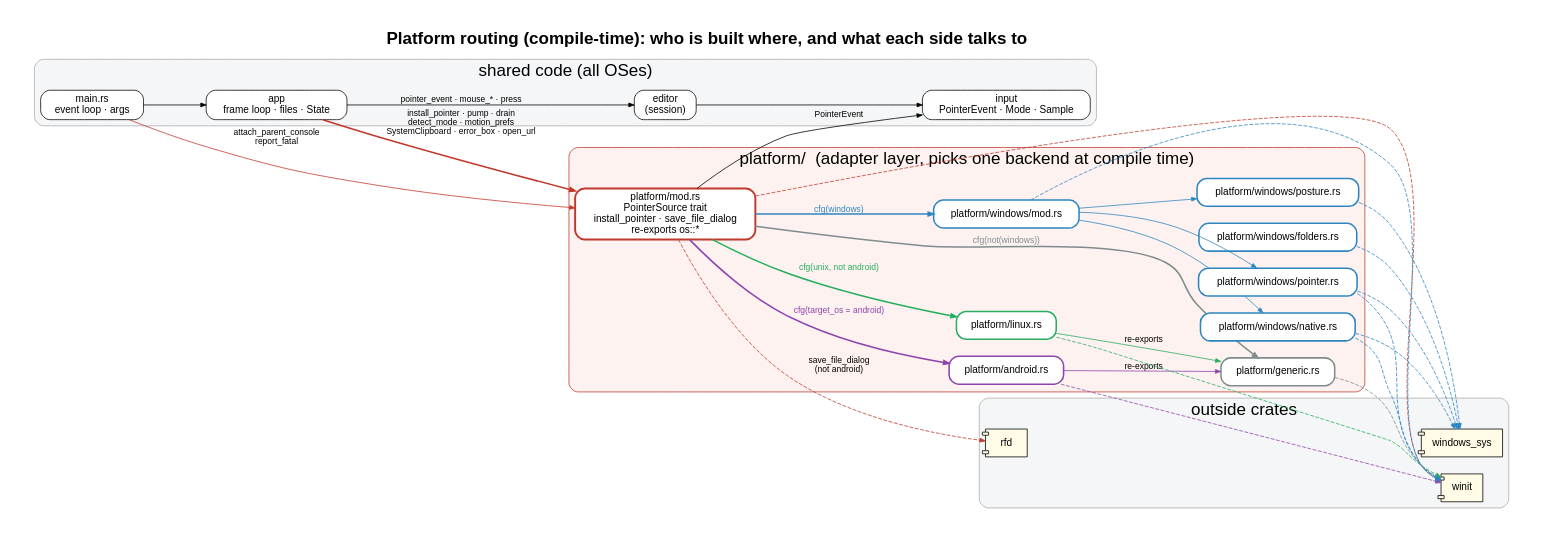
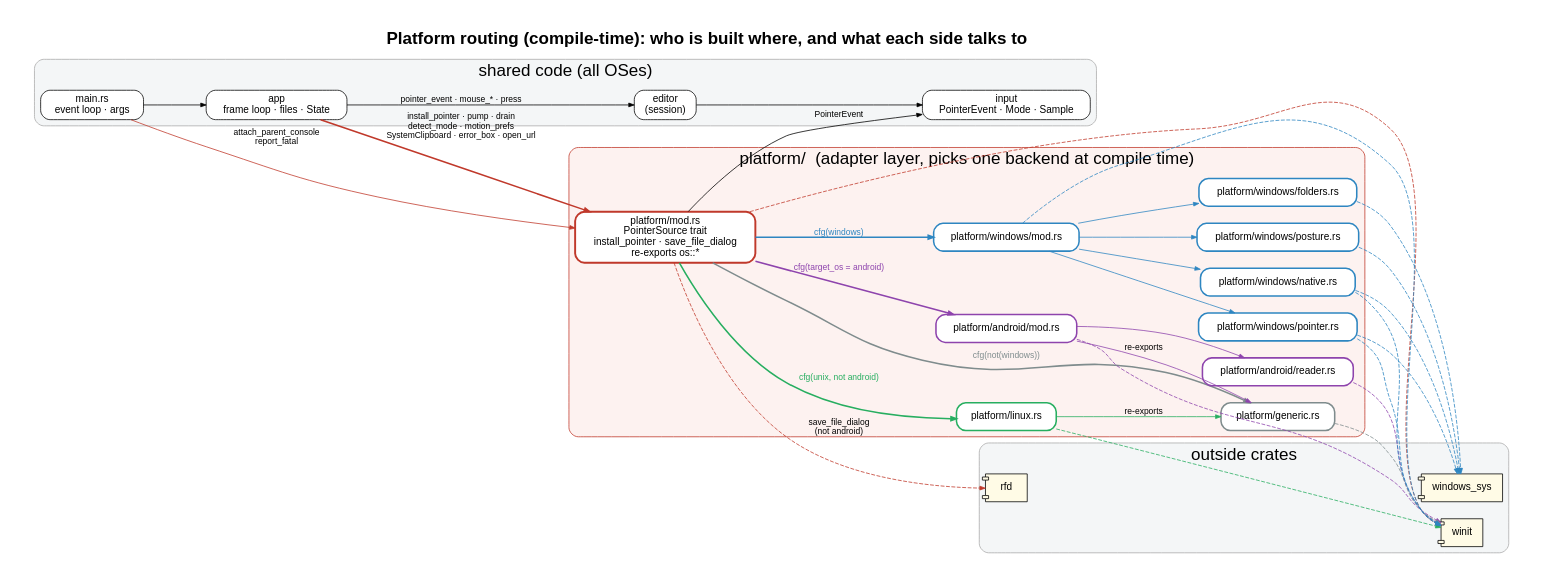
The diagram in docs/deps/platform.dot (rajatmo/inkpdf), drawn with Graphviz before and after one commit. The commit also changed 24 other files, not shown here.

First line of the commit message:
Android: a stylus reader, and touch that presses buttons

```diff
--- a/docs/deps/platform.dot
+++ b/docs/deps/platform.dot
@@ -1,56 +1,60 @@
 digraph P {
 rankdir=LR; newrank=true; splines=true; nodesep=0.3; ranksep=1.1; pad=0.4;
 label=<<b>Platform routing (compile-time): who is built where, and what each side talks to</b>>; labelloc=t; fontsize=22; fontname="Helvetica";
 node [shape=box, style="rounded,filled", fillcolor=white, fontname="Helvetica", fontsize=13, margin="0.14,0.07"];
 edge [arrowsize=0.7, fontname="Helvetica", fontsize=11];
 subgraph cluster_shared { label="shared code (all OSes)"; style="rounded,filled"; fillcolor="#f4f6f7"; color="#aaaaaa"; fontname="Helvetica";
   "app" [label="app\nframe loop · files · State"];
   "main" [label="main.rs\nevent loop · args"];
   "editor" [label="editor\n(session)"];
   "input" [label="input\nPointerEvent · Mode · Sample"];
 }
 subgraph cluster_plat { label="platform/  (adapter layer, picks one backend at compile time)"; style="rounded,filled"; fillcolor="#fdf2f0"; color="#c0392b"; fontname="Helvetica";
   "platform_mod" [label="platform/mod.rs\nPointerSource trait\ninstall_pointer · save_file_dialog\nre-exports os::*", penwidth=2.5, color="#c0392b"];
-  "p_android" [label="platform/android.rs", color="#8e44ad", penwidth=2];
+  "p_android_mod" [label="platform/android/mod.rs", color="#8e44ad", penwidth=2];
+  "p_android_reader" [label="platform/android/reader.rs", color="#8e44ad", penwidth=2];
   "p_generic" [label="platform/generic.rs", color="#7f8c8d", penwidth=2];
   "p_linux" [label="platform/linux.rs", color="#27ae60", penwidth=2];
   "p_windows_folders" [label="platform/windows/folders.rs", color="#2e86c1", penwidth=2];
   "p_windows_mod" [label="platform/windows/mod.rs", color="#2e86c1", penwidth=2];
   "p_windows_native" [label="platform/windows/native.rs", color="#2e86c1", penwidth=2];
   "p_windows_pointer" [label="platform/windows/pointer.rs", color="#2e86c1", penwidth=2];
   "p_windows_posture" [label="platform/windows/posture.rs", color="#2e86c1", penwidth=2];
 }
 subgraph cluster_ext { label="outside crates"; style="rounded,filled"; fillcolor="#f4f6f7"; color="#aaaaaa"; fontname="Helvetica";
   "x_winit" [label="winit", shape=component, fillcolor="#fffbe6"];
   "x_windows_sys" [label="windows_sys", shape=component, fillcolor="#fffbe6"];
   "x_rfd" [label="rfd", shape=component, fillcolor="#fffbe6"];
 }
 "main" -> "app"
 "app" -> "platform_mod" [label="install_pointer · pump · drain\ndetect_mode · motion_prefs\nSystemClipboard · error_box · open_url", penwidth=2, color="#c0392b"]
 "app" -> "editor" [label="pointer_event · mouse_* · press"]
 "main" -> "platform_mod" [label="attach_parent_console\nreport_fatal", color="#c0392b"]
 "platform_mod" -> "input" [label="PointerEvent"]
 "editor" -> "input"
-"platform_mod" -> "p_android" [label="cfg(target_os = android)", color="#8e44ad", penwidth=2, fontcolor="#8e44ad"]
-"p_android" -> "x_winit" [color="#8e44ad", style=dashed]
+"platform_mod" -> "p_android_mod" [label="cfg(target_os = android)", color="#8e44ad", penwidth=2, fontcolor="#8e44ad"]
+"p_android_mod" -> "x_winit" [color="#8e44ad", style=dashed]
+"p_android_reader" -> "x_winit" [color="#8e44ad", style=dashed]
 "platform_mod" -> "p_generic" [label="cfg(not(windows))", color="#7f8c8d", penwidth=2, fontcolor="#7f8c8d"]
 "p_generic" -> "x_winit" [color="#7f8c8d", style=dashed]
 "platform_mod" -> "p_linux" [label="cfg(unix, not android)", color="#27ae60", penwidth=2, fontcolor="#27ae60"]
 "p_linux" -> "x_winit" [color="#27ae60", style=dashed]
 "p_windows_folders" -> "x_windows_sys" [color="#2e86c1", style=dashed]
 "platform_mod" -> "p_windows_mod" [label="cfg(windows)", color="#2e86c1", penwidth=2, fontcolor="#2e86c1"]
 "p_windows_mod" -> "x_winit" [color="#2e86c1", style=dashed]
 "p_windows_native" -> "x_windows_sys" [color="#2e86c1", style=dashed]
 "p_windows_native" -> "x_winit" [color="#2e86c1", style=dashed]
 "p_windows_pointer" -> "x_windows_sys" [color="#2e86c1", style=dashed]
 "p_windows_pointer" -> "x_winit" [color="#2e86c1", style=dashed]
 "p_windows_posture" -> "x_windows_sys" [color="#2e86c1", style=dashed]
 "platform_mod" -> "x_rfd" [label="save_file_dialog\n(not android)", style=dashed, color="#c0392b"]
 "platform_mod" -> "x_winit" [style=dashed, color="#c0392b"]
 "p_windows_mod" -> "p_windows_pointer" [color="#2e86c1"]
 "p_windows_mod" -> "p_windows_native" [color="#2e86c1"]
 "p_windows_mod" -> "p_windows_posture" [color="#2e86c1"]
+"p_windows_mod" -> "p_windows_folders" [color="#2e86c1"]
+"p_android_mod" -> "p_android_reader" [color="#8e44ad"]
 "p_linux" -> "p_generic" [label="re-exports", color="#27ae60"]
-"p_android" -> "p_generic" [label="re-exports", color="#8e44ad"]
-{rank=same; "p_windows_mod"; "p_linux"; "p_android";}
+"p_android_mod" -> "p_generic" [label="re-exports", color="#8e44ad"]
+{rank=same; "p_windows_mod"; "p_linux"; "p_android_mod";}
 }
```
